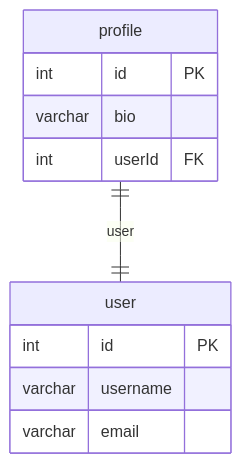
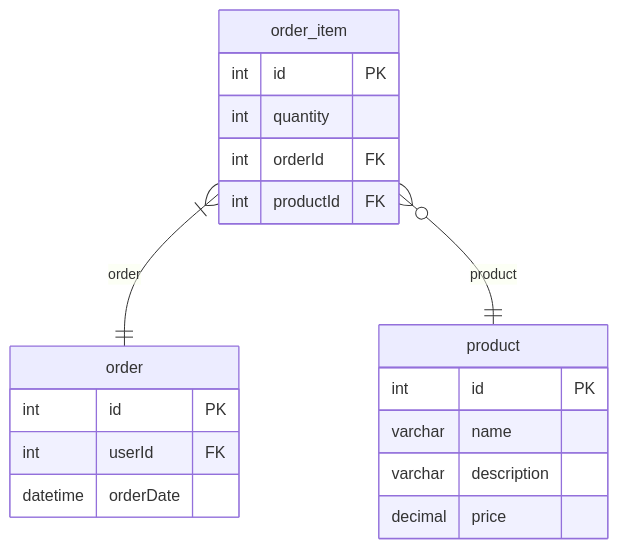
Before and after one commit to hermin9804/typeorm-markdown-generator: the third of 3 diagrams in test/test-nestjs-app/docs/mysql-erd.md, drawn with Mermaid. The commit also changed other lines of this file and 5 other files, not shown here.

````diff
--- a/test/test-nestjs-app/docs/mysql-erd.md
+++ b/test/test-nestjs-app/docs/mysql-erd.md
@@ -209,14 +134,22 @@
 ```mermaid
 erDiagram
-  profile {
+  product {
     int id PK
-    varchar bio
+    varchar name
+    varchar description
+    decimal price
+  }
+  order_item {
+    int id PK
+    int quantity
+    int orderId FK
+    int productId FK
+  }
+  order {
+    int id PK
     int userId FK
+    datetime orderDate
   }
-  user {
-    int id PK
-    varchar username
-    varchar email
-  }
-  profile ||--|| user: user
+  order_item }|--|| order: order
+  order_item }o--|| product: product
 ```
````
